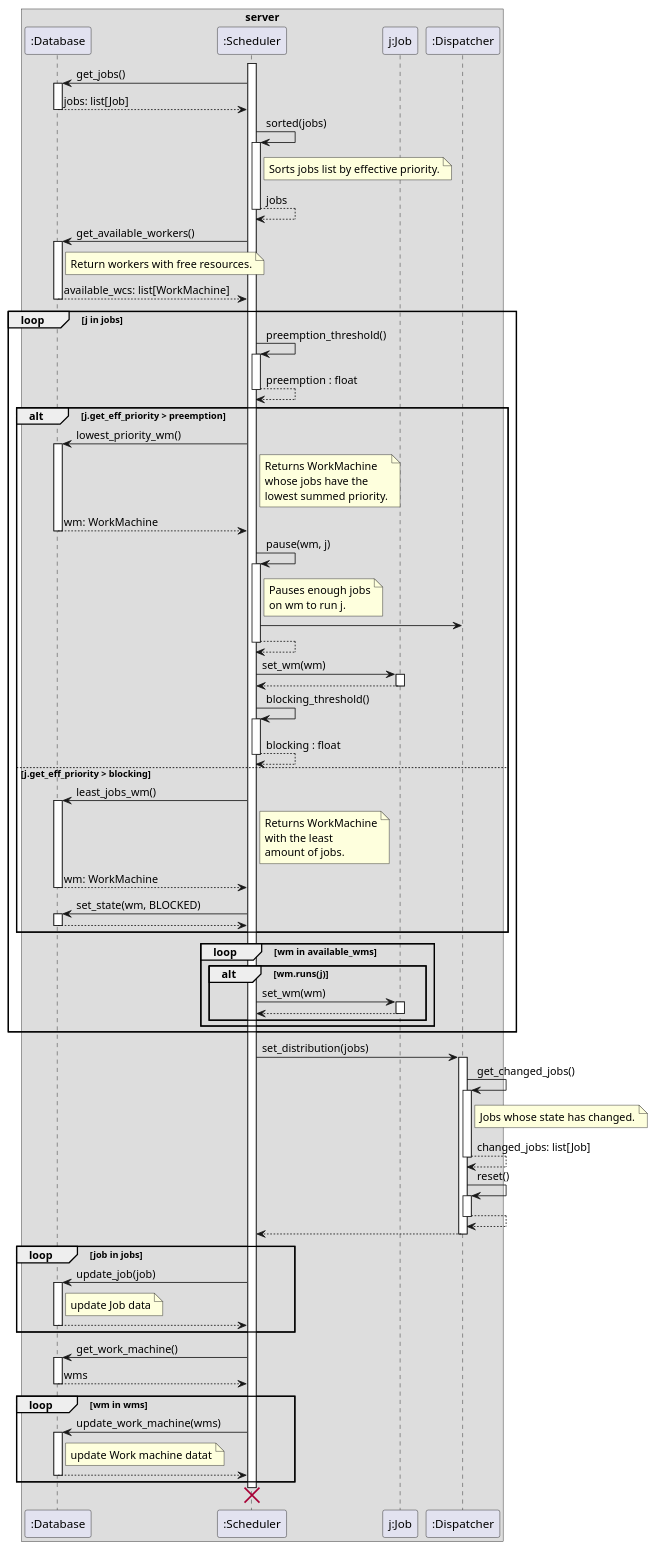
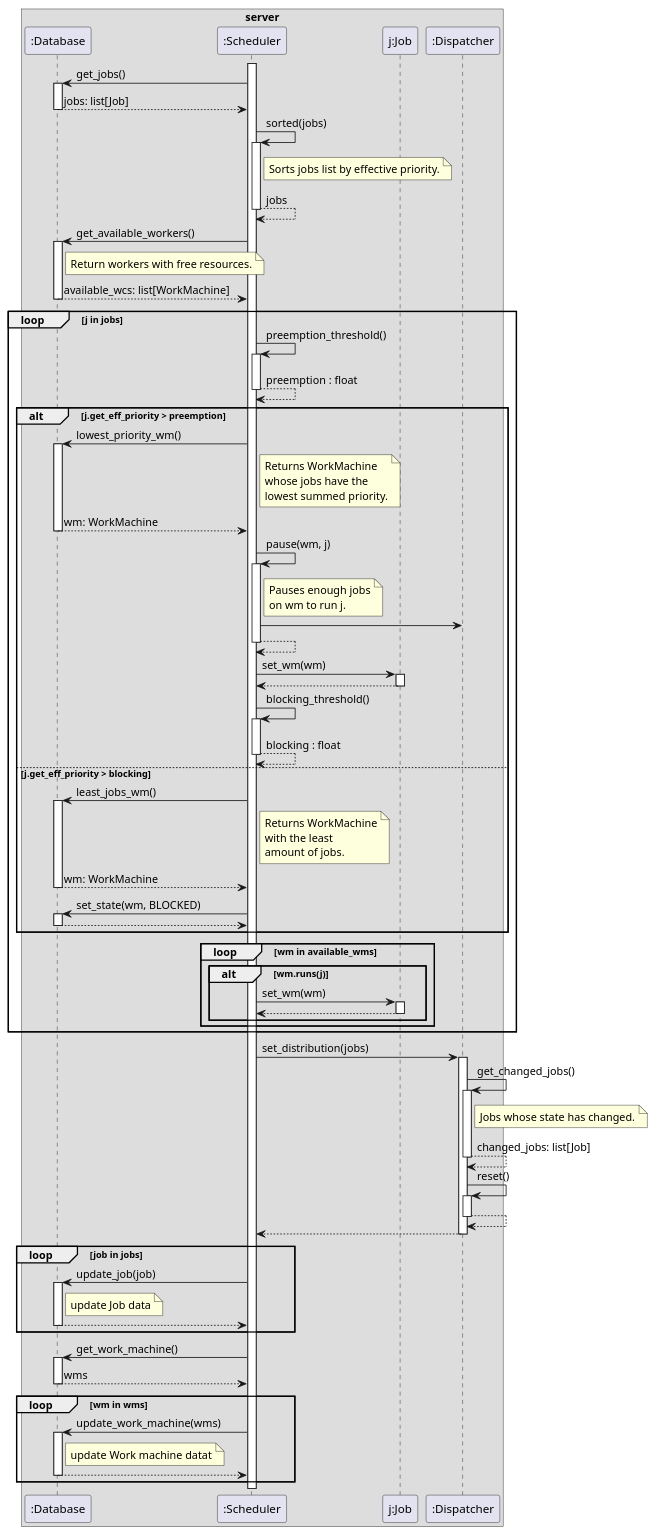
One commit to DistributedTaskScheduling/documentation changed the diagram in design/sequence/scheduler-low.puml. Above: the diagram before and after it, drawn with PlantUML.

Commit message:
removed destruction of Scheduler

```diff
--- a/design/sequence/scheduler-low.puml
+++ b/design/sequence/scheduler-low.puml
@@ -1,110 +1,108 @@
 @startuml
 
 box "server"
     participant ":Database" as db
     participant ":Scheduler" as s
     participant "j:Job" as j
     participant ":Dispatcher" as d
 end box
 
 s++
 s -> db++: get_jobs()
 db --> s--: jobs: list[Job]
 
 s -> s++: sorted(jobs)
 note right of s
     Sorts jobs list by effective priority.
 end note
 s --> s--: jobs
 
 s -> db++: get_available_workers()
 note right of db
     Return workers with free resources.
 end note
 db --> s--: available_wcs: list[WorkMachine]
 
 loop j in jobs
     
     s->s++ : preemption_threshold()
     s-->s-- : preemption : float
     
     alt j.get_eff_priority > preemption
         s -> db++ : lowest_priority_wm()
         note right of s
             Returns WorkMachine
             whose jobs have the
             lowest summed priority.
         end note
         db --> s--: wm: WorkMachine
         s -> s ++: pause(wm, j)
         note right of s
             Pauses enough jobs
             on wm to run j.
         end note
         
         s -> d
         s--> s--
 
         s -> j++: set_wm(wm)
         j --> s--
     
     s->s++ : blocking_threshold()
     s-->s-- : blocking : float
     
     else j.get_eff_priority > blocking
         s -> db++ : least_jobs_wm()
         note right of s
             Returns WorkMachine
             with the least
             amount of jobs.
         end note
         db --> s--: wm: WorkMachine
         
         s -> db++: set_state(wm, BLOCKED)
         db-->s--
     end
     
     loop wm in available_wms
         alt wm.runs(j)
             s -> j++: set_wm(wm)
             j --> s--
         end
     end
     
 end
 
 s -> d++: set_distribution(jobs)
 
 d -> d++: get_changed_jobs()
 note right of d
     Jobs whose state has changed.
 end note
 d --> d-- : changed_jobs: list[Job]
 d -> d++: reset()
 d-->d--
 
 d --> s--
 
 loop job in jobs
     s -> db++: update_job(job)
     note right of db
         update Job data
     end note
     db --> s--
 end
 
 s->db++ : get_work_machine()
 db-->s-- : wms
 
 loop wm in wms 
     s -> db++: update_work_machine(wms)
     note right of db
         update Work machine datat
     end note
     db --> s--
 end
 
 
-destroy s
-
 @enduml
```
